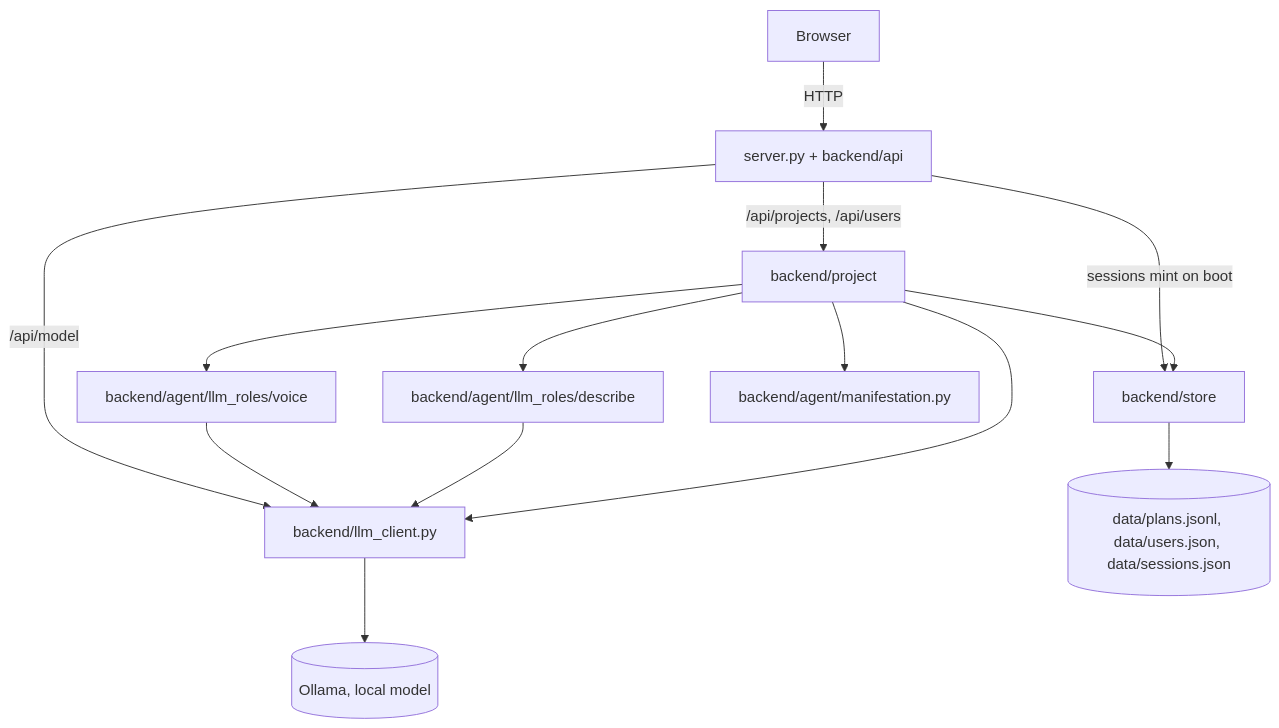
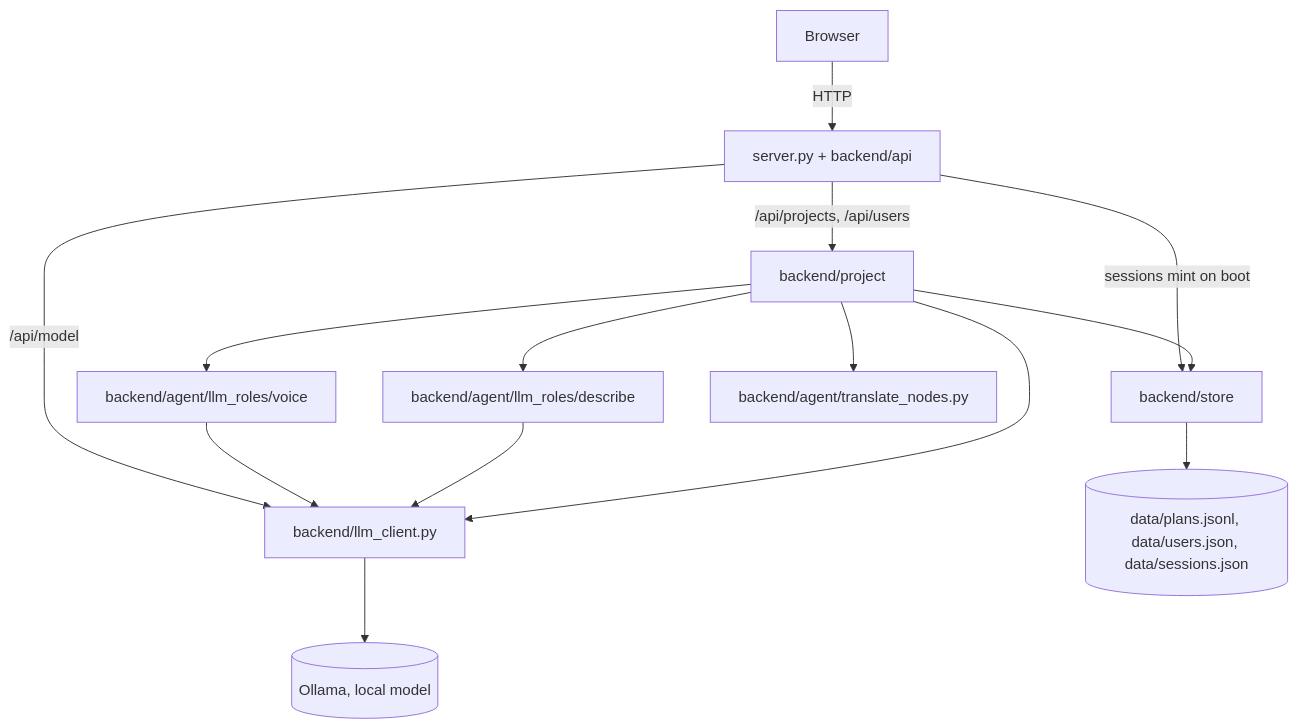
One commit to olajmn/PROJECT1 changed the diagram in docs/04-current-state.md. Above: the diagram before and after it, drawn with Mermaid. The commit also changed other lines of this file and 10 other files, not shown here.

Commit message:
Rename manifestation to translate_nodes so the map surface reads as translation, not UI chrome.

````diff
--- a/docs/04-current-state.md
+++ b/docs/04-current-state.md
@@ -67,16 +67,16 @@
 ```mermaid
 graph TD
     Browser -->|HTTP| Server["server.py + backend/api"]
     Server -->|"/api/projects, /api/users"| Planning["backend/project"]
     Server -->|"/api/model"| ModelBoundary["backend/llm_client.py"]
     Server -->|"sessions mint on boot"| Store["backend/store"]
     Planning --> N1["backend/agent/llm_roles/voice"]
     Planning --> N2["backend/agent/llm_roles/describe"]
-    Planning --> Manifestation["backend/agent/manifestation.py"]
+    Planning --> TranslateNodes["backend/agent/translate_nodes.py"]
     Planning --> Store
     N1 --> ModelBoundary
     N2 --> ModelBoundary
     Planning --> ModelBoundary
     ModelBoundary --> Ollama[("Ollama, local model")]
     Store --> Data[("data/plans.jsonl, data/users.json, data/sessions.json")]
 ```
````
